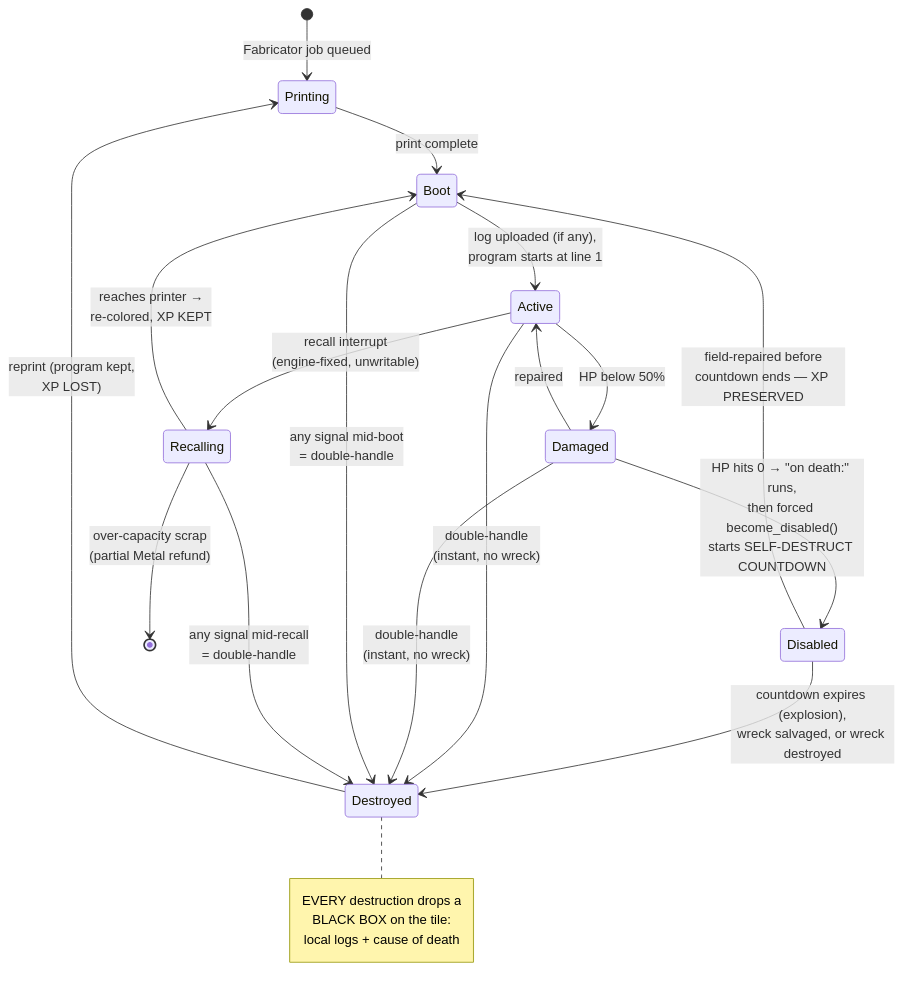
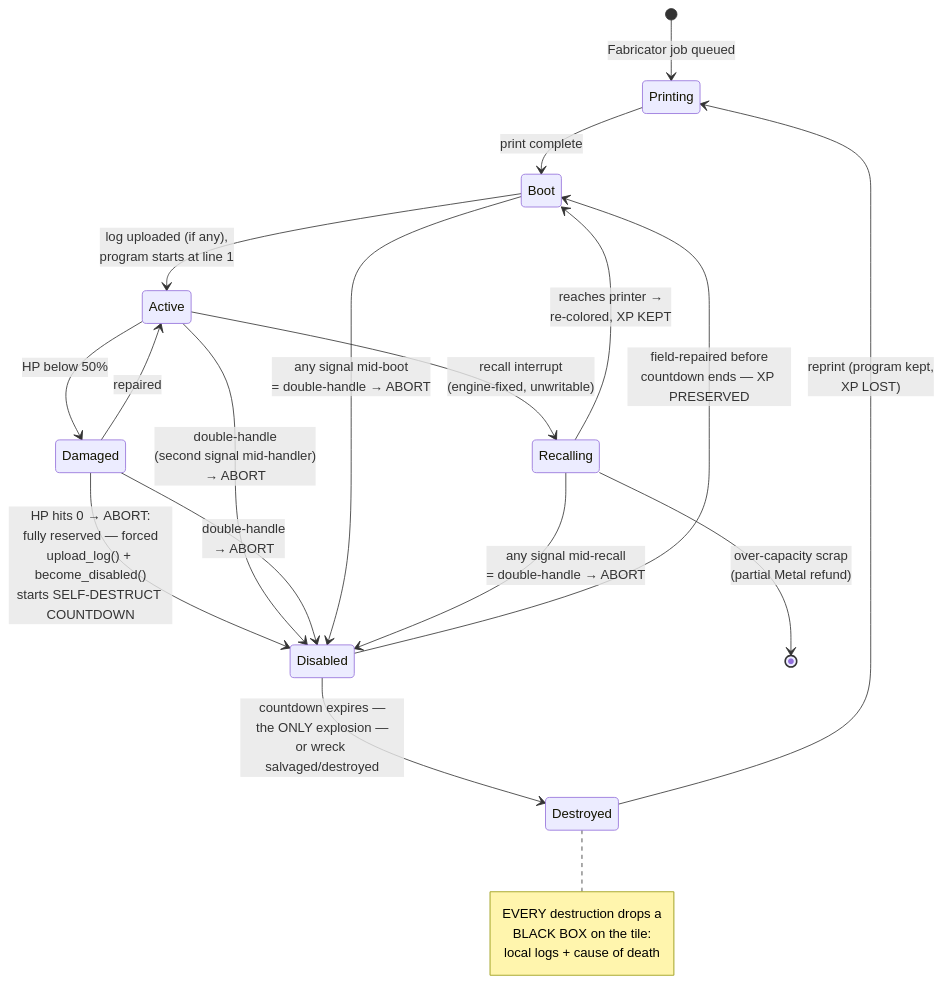
One commit to mmmtastymmm/programming-game-planned changed the diagram in docs/02-agents.md. Above: the diagram before and after it, drawn with Mermaid. The commit also changed other lines of this file and 9 other files, not shown here.

First line of the commit message:
Signal redesign v3 + language decisions: templates, abort, env, Option

````diff
--- a/docs/02-agents.md
+++ b/docs/02-agents.md
@@ -27,24 +106,24 @@
 ```mermaid
 stateDiagram-v2
     [*] --> Printing: Fabricator job queued
     Printing --> Boot: print complete
     Boot --> Active: log uploaded (if any),<br/>program starts at line 1
     Active --> Damaged: HP below 50%
     Damaged --> Active: repaired
-    Damaged --> Disabled: HP hits 0 → "on death#colon;" runs,<br/>then forced become_disabled()<br/>starts SELF-DESTRUCT COUNTDOWN
+    Damaged --> Disabled: HP hits 0 → ABORT#colon;<br/>fully reserved — forced<br/>upload_log() + become_disabled()<br/>starts SELF-DESTRUCT COUNTDOWN
     Disabled --> Boot: field-repaired before<br/>countdown ends — XP PRESERVED
-    Disabled --> Destroyed: countdown expires (explosion),<br/>wreck salvaged, or wreck destroyed
-    Active --> Destroyed: double-handle<br/>(instant, no wreck)
-    Damaged --> Destroyed: double-handle<br/>(instant, no wreck)
-    Boot --> Destroyed: any signal mid-boot<br/>= double-handle
+    Disabled --> Destroyed: countdown expires —<br/>the ONLY explosion —<br/>or wreck salvaged/destroyed
+    Active --> Disabled: double-handle<br/>(second signal mid-handler)<br/>→ ABORT
+    Damaged --> Disabled: double-handle<br/>→ ABORT
+    Boot --> Disabled: any signal mid-boot<br/>= double-handle → ABORT
     Active --> Recalling: recall interrupt<br/>(engine-fixed, unwritable)
     Recalling --> Boot: reaches printer →<br/>re-colored, XP KEPT
     Recalling --> [*]: over-capacity scrap<br/>(partial Metal refund)
-    Recalling --> Destroyed: any signal mid-recall<br/>= double-handle
+    Recalling --> Disabled: any signal mid-recall<br/>= double-handle → ABORT
     Destroyed --> Printing: reprint (program kept,<br/>XP LOST)
     note right of Destroyed
         EVERY destruction drops a
         BLACK BOX on the tile:
         local logs + cause of death
     end note
 ```
````
